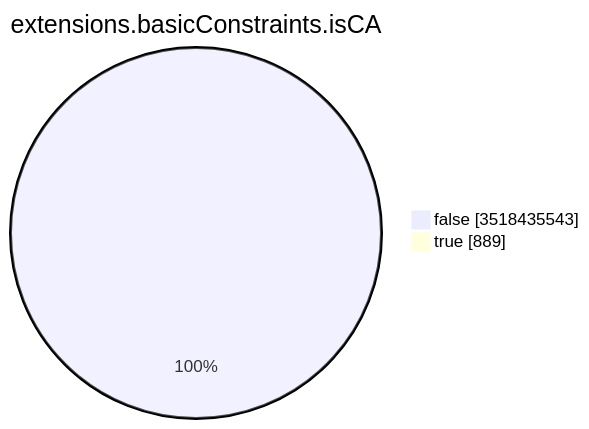
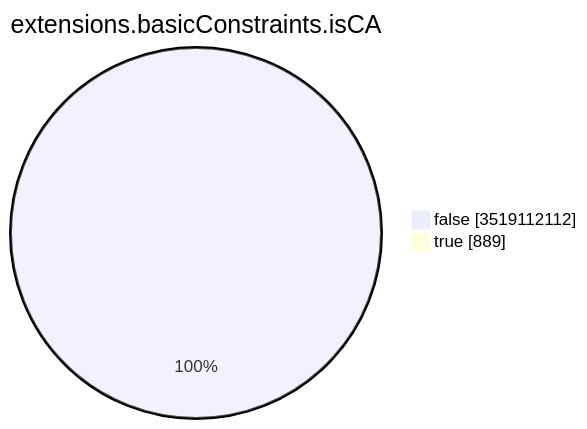
Before and after one commit to christiankrug/ctmonitor_visualization: the seventh of 15 diagrams in TOTAL/README.md, drawn with Mermaid. The commit also changed other lines of this file, not shown here.

````diff
--- a/TOTAL/README.md
+++ b/TOTAL/README.md
@@ -3094,6 +3094,6 @@
 ```mermaid
 pie showData
 title extensions.basicConstraints.isCA
-"false" :3518435543
+"false" :3519112112
 "true" :889
 ```
````
